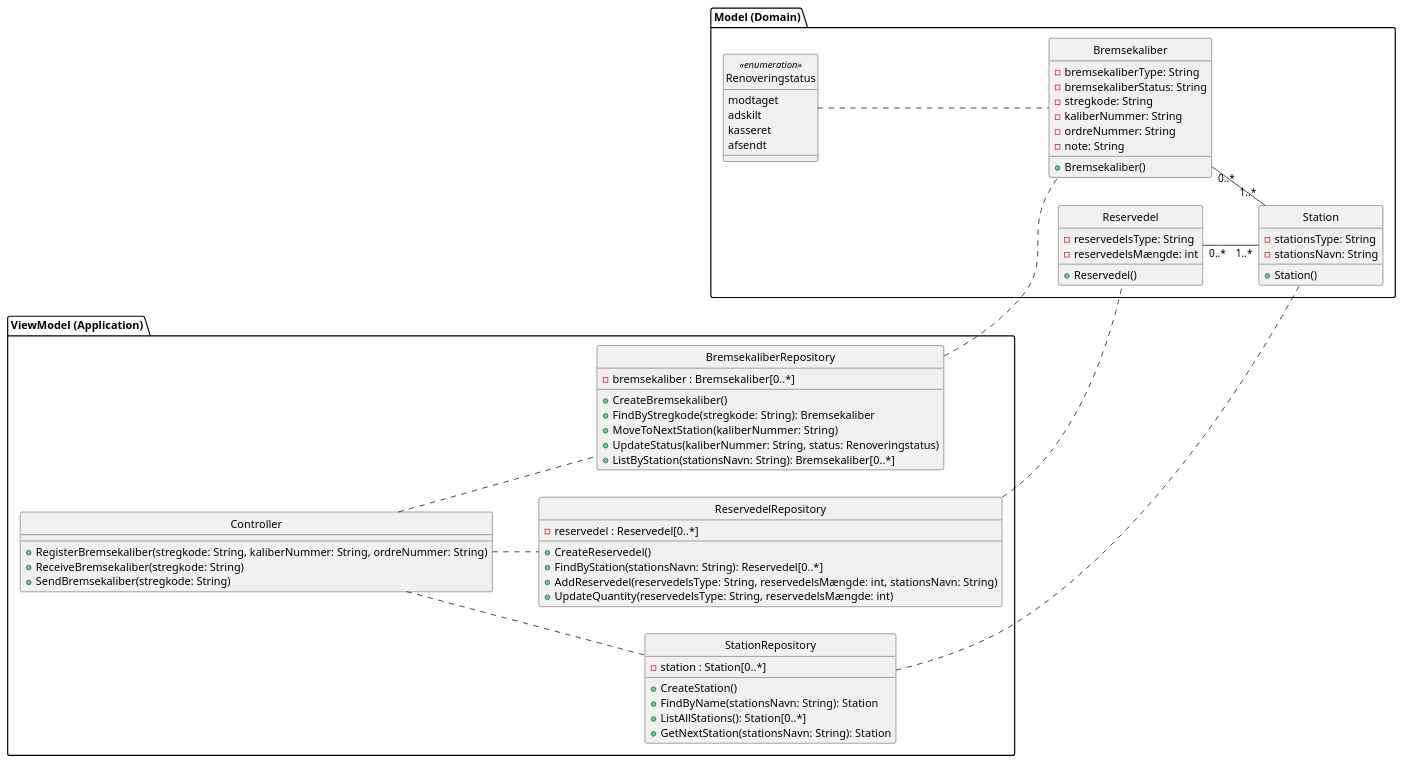
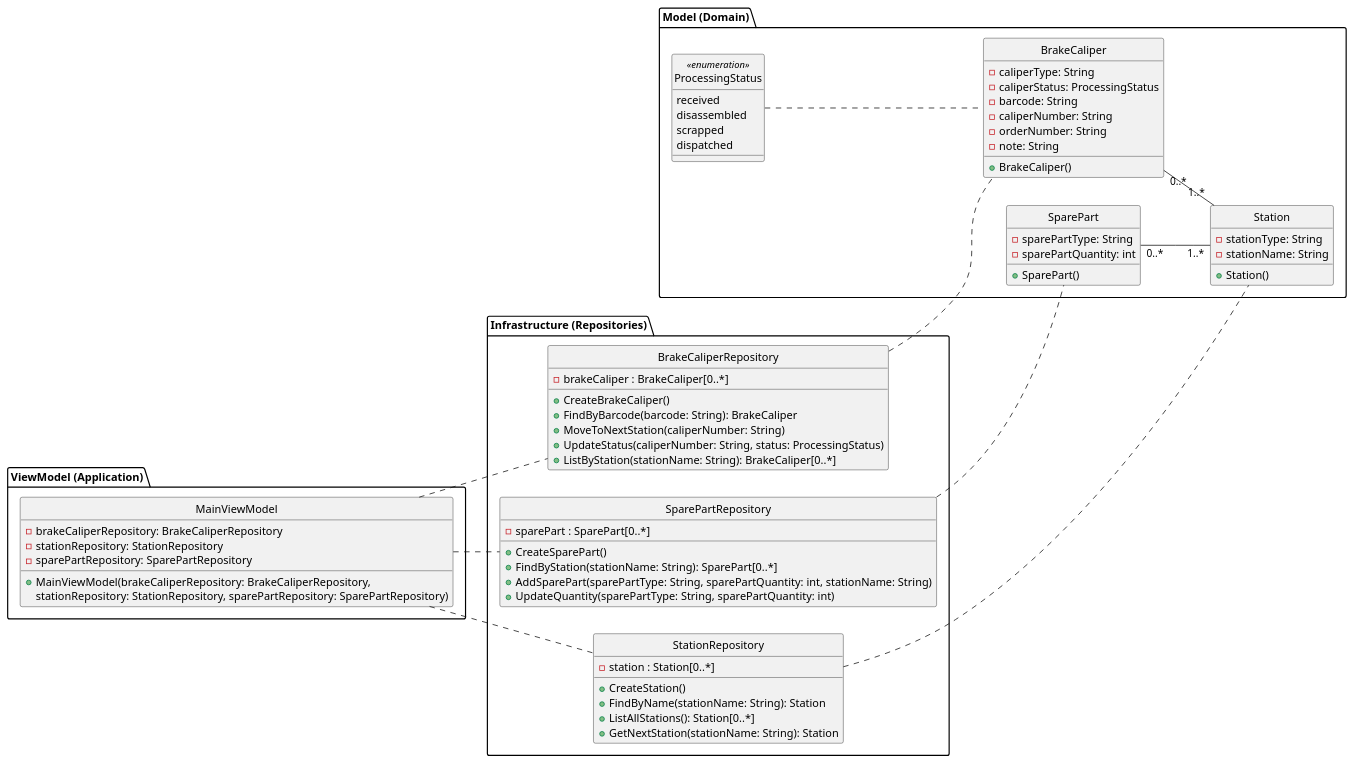
Before and after one commit to senan2315/Team-5A-Budweg: the diagram in Informationsartefakter/Designklassediagram(DCD).plantuml, drawn with PlantUML.

Commit message:
rettet dcd så den følger MVVM struktur

```diff
--- a/Informationsartefakter/Designklassediagram(DCD).plantuml
+++ b/Informationsartefakter/Designklassediagram(DCD).plantuml
@@ -1,83 +1,88 @@
-@startuml - Designklassediagram (DCD) Budweg
+@startuml - Design Class Diagram (DCD) Budweg
 left to right direction 
 
 package "ViewModel (Application)"{
-    class BremsekaliberRepository {
-        - bremsekaliber : Bremsekaliber[0..*] 
-        + CreateBremsekaliber()
-        + FindByStregkode(stregkode: String): Bremsekaliber
-        + MoveToNextStation(kaliberNummer: String)
-        + UpdateStatus(kaliberNummer: String, status: Renoveringstatus)
-        + ListByStation(stationsNavn: String): Bremsekaliber[0..*]
-        
+    class MainViewModel {
+        - brakeCaliperRepository: BrakeCaliperRepository
+        - stationRepository: StationRepository
+        - sparePartRepository: SparePartRepository
+        + MainViewModel(brakeCaliperRepository: BrakeCaliperRepository,
+        stationRepository: StationRepository, sparePartRepository: SparePartRepository)
+    }
+}
+
+package "Infrastructure (Repositories)" {
+    class BrakeCaliperRepository {
+        - brakeCaliper : BrakeCaliper[0..*]
+        + CreateBrakeCaliper()
+        + FindByBarcode(barcode: String): BrakeCaliper
+        + MoveToNextStation(caliperNumber: String)
+        + UpdateStatus(caliperNumber: String, status: ProcessingStatus)
+        + ListByStation(stationName: String): BrakeCaliper[0..*]
+
     }
     class StationRepository {
             - station : Station[0..*] 
             + CreateStation()
-        + FindByName(stationsNavn: String): Station
+        + FindByName(stationName: String): Station
         + ListAllStations(): Station[0..*]
-        + GetNextStation(stationsNavn: String): Station
+        + GetNextStation(stationName: String): Station
     }
-    class ReservedelRepository {
-        - reservedel : Reservedel[0..*]
-        + CreateReservedel()
-        + FindByStation(stationsNavn: String): Reservedel[0..*]
-        + AddReservedel(reservedelsType: String, reservedelsMængde: int, stationsNavn: String)
-        + UpdateQuantity(reservedelsType: String, reservedelsMængde: int)
-    }
-    class Controller {
-        + RegisterBremsekaliber(stregkode: String, kaliberNummer: String, ordreNummer: String)
-        + ReceiveBremsekaliber(stregkode: String)
-        + SendBremsekaliber(stregkode: String)
+    class SparePartRepository {
+        - sparePart : SparePart[0..*]
+        + CreateSparePart()
+        + FindByStation(stationName: String): SparePart[0..*]
+        + AddSparePart(sparePartType: String, sparePartQuantity: int, stationName: String)
+        + UpdateQuantity(sparePartType: String, sparePartQuantity: int)
     }
 }
 
 package "Model (Domain)" {
     class Station {
-        - stationsType: String
-        - stationsNavn: String
+        - stationType: String
+        - stationName: String
         + Station()
     }
 
-    class Bremsekaliber {
-        - bremsekaliberType: String
-        - bremsekaliberStatus: String
-        - stregkode: String
-        - kaliberNummer: String
-        - ordreNummer: String 
+    class BrakeCaliper {
+        - caliperType: String
+        - caliperStatus: ProcessingStatus
+        - barcode: String
+        - caliperNumber: String
+        - orderNumber: String 
         - note: String
-        + Bremsekaliber() 
+        + BrakeCaliper() 
     }
 
-    class Renoveringstatus <<enumeration>> {
-        modtaget
-        adskilt
-        kasseret
-        afsendt
+    class ProcessingStatus <<enumeration>> {
+        received
+        disassembled
+        scrapped
+        dispatched
     }
 
-    class Reservedel{
-       - reservedelsType: String
-       - reservedelsMængde: int
-       + Reservedel()
+    class SparePart{
+       - sparePartType: String
+       - sparePartQuantity: int
+       + SparePart()
     }
 }
 
 
 
-Controller .. StationRepository
-Controller .. BremsekaliberRepository
-Controller .. ReservedelRepository
+MainViewModel .. StationRepository
+MainViewModel .. BrakeCaliperRepository
+MainViewModel .. SparePartRepository
 
 StationRepository .. Station
-BremsekaliberRepository .. Bremsekaliber
-ReservedelRepository .. Reservedel
+BrakeCaliperRepository .. BrakeCaliper
+SparePartRepository .. SparePart
 
-Bremsekaliber "0..*" -- "1..*" Station
-Renoveringstatus .. Bremsekaliber
-Reservedel "0..*" -- "1..*" Station
+BrakeCaliper "0..*" -- "1..*" Station
+ProcessingStatus .. BrakeCaliper
+SparePart "0..*" -- "1..*" Station
 
 
 hide circle
 
 @enduml
```
